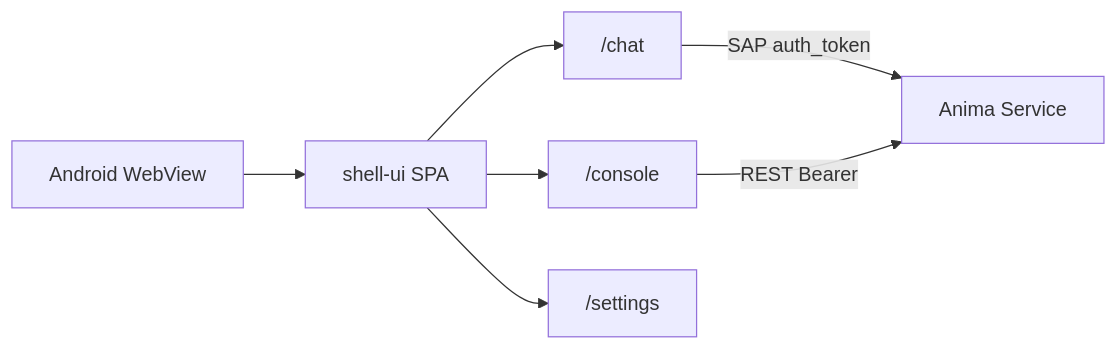
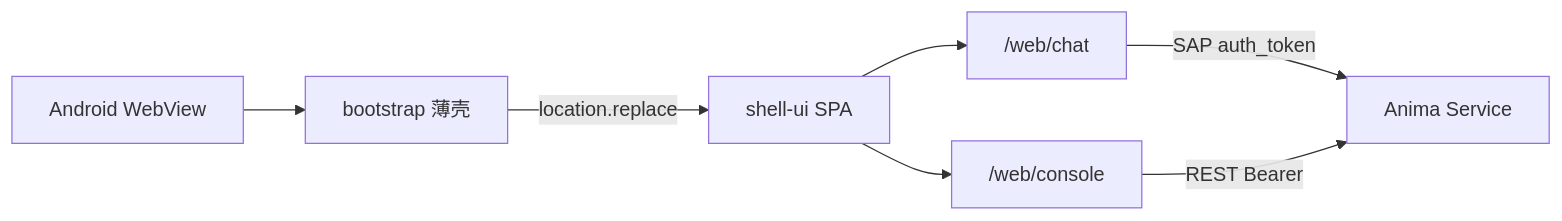
Before and after one commit to freeanima-org/freeanima: the diagram in docs/features/mobile-app.md, drawn with Mermaid. The commit also changed other lines of this file and 16 other files, not shown here.

````diff
--- a/docs/features/mobile-app.md
+++ b/docs/features/mobile-app.md
@@ -22,16 +22,16 @@
 ```mermaid
 flowchart LR
   Phone[Android WebView]
+  Bootstrap[bootstrap 薄壳]
   Shell[shell-ui SPA]
-  Chat["/chat"]
-  Console["/console"]
-  Settings["/settings"]
+  Chat["/web/chat"]
+  Console["/web/console"]
   Hub[Anima Service]
 
-  Phone --> Shell
+  Phone --> Bootstrap
+  Bootstrap -->|location.replace| Shell
   Shell --> Chat
   Shell --> Console
-  Shell --> Settings
   Chat -->|SAP auth_token| Hub
   Console -->|REST Bearer| Hub
 ```
````
